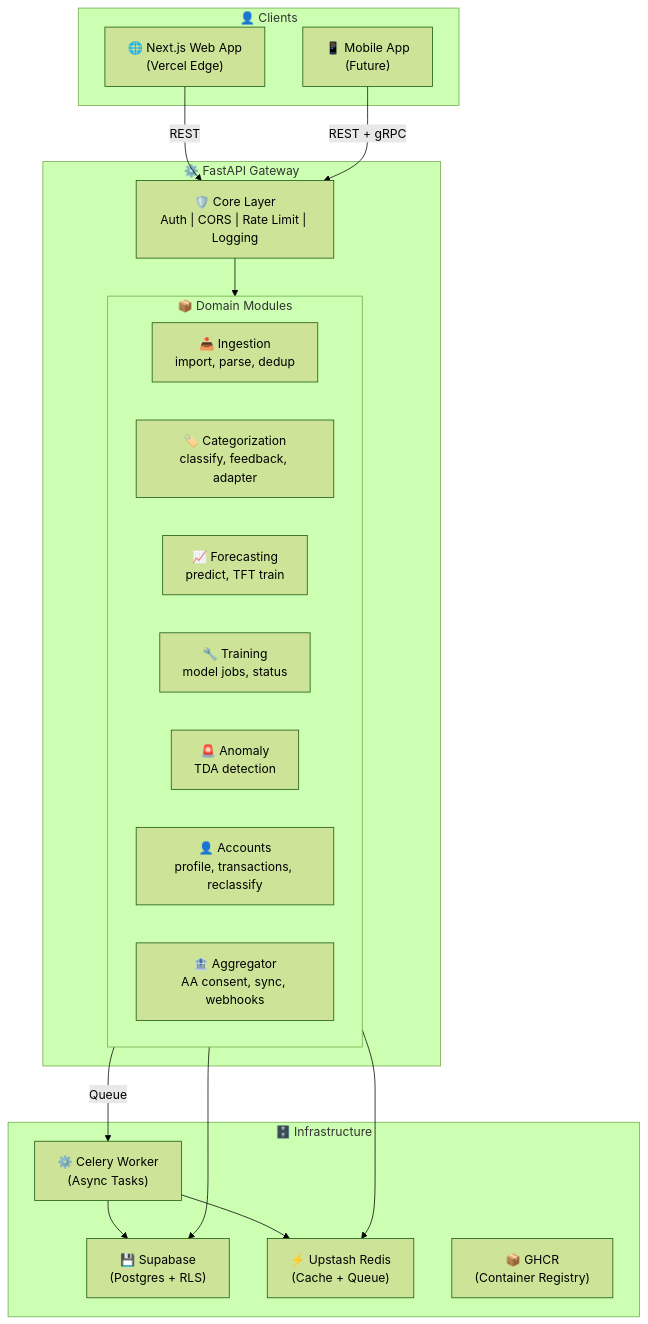
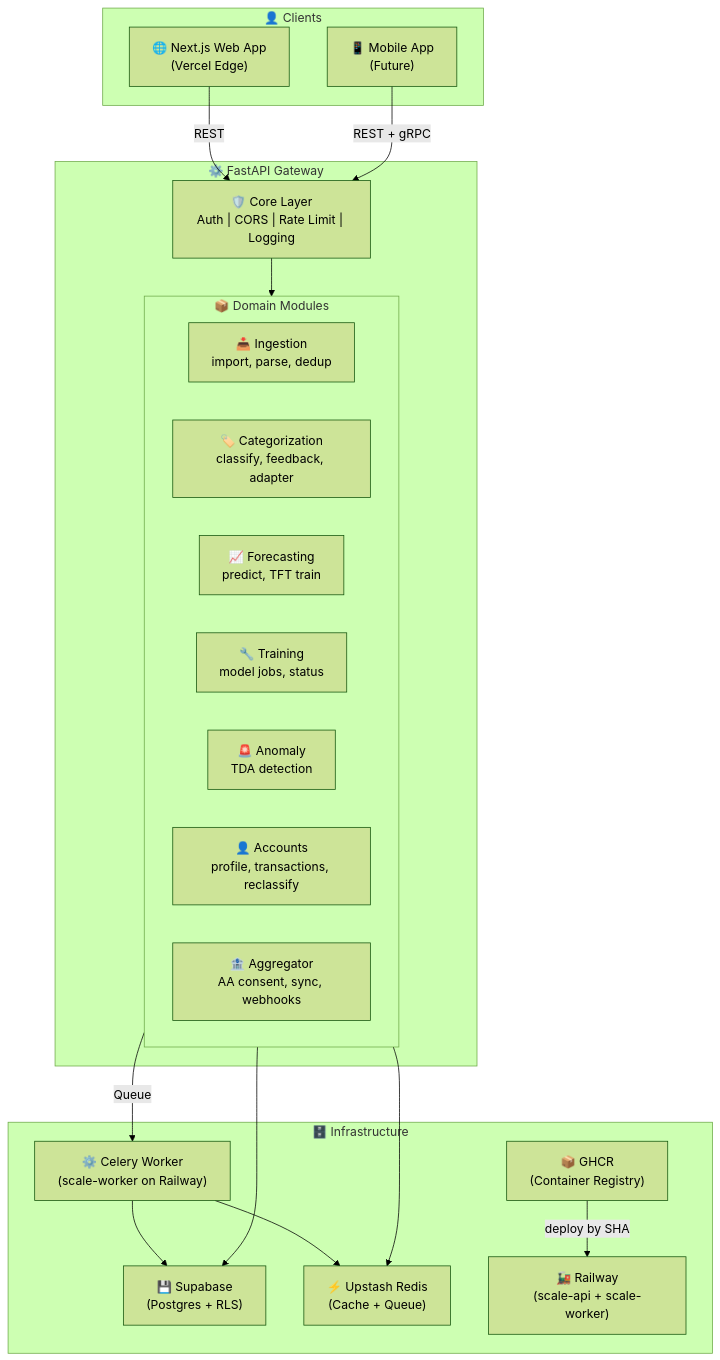
The first of 3 diagrams in docs/design/system-architecture.md (hassang371/spendsmart-dashboard), drawn with Mermaid (forest theme) before and after one commit. The commit also changed other lines of this file and 4 other files, not shown here.

````diff
--- a/docs/design/system-architecture.md
+++ b/docs/design/system-architecture.md
@@ -15,37 +15,39 @@
 ```mermaid
 graph TB
     subgraph Clients["👤 Clients"]
         Web["🌐 Next.js Web App<br/>(Vercel Edge)"]
         Mobile["📱 Mobile App<br/>(Future)"]
     end
 
     subgraph Gateway["⚙️ FastAPI Gateway"]
         Core["🛡️ Core Layer<br/>Auth | CORS | Rate Limit | Logging"]
 
         subgraph Domains["📦 Domain Modules"]
             Ing["📥 Ingestion<br/>import, parse, dedup"]
             Cat["🏷️ Categorization<br/>classify, feedback, adapter"]
             Fore["📈 Forecasting<br/>predict, TFT train"]
             Train["🔧 Training<br/>model jobs, status"]
             Anom["🚨 Anomaly<br/>TDA detection"]
             Acc["👤 Accounts<br/>profile, transactions, reclassify"]
             Agg["🏦 Aggregator<br/>AA consent, sync, webhooks"]
         end
     end
 
     subgraph Infra["🗄️ Infrastructure"]
         DB["💾 Supabase<br/>(Postgres + RLS)"]
         Redis["⚡ Upstash Redis<br/>(Cache + Queue)"]
-        Worker["⚙️ Celery Worker<br/>(Async Tasks)"]
+        Worker["⚙️ Celery Worker<br/>(scale-worker on Railway)"]
         GHCR["📦 GHCR<br/>(Container Registry)"]
+        Railway["🚂 Railway<br/>(scale-api + scale-worker)"]
     end
 
     Web -->|REST| Core
     Mobile -->|REST + gRPC| Core
     Core --> Domains
     Domains --> DB
     Domains --> Redis
     Domains -->|Queue| Worker
     Worker --> DB
     Worker --> Redis
+    GHCR -->|deploy by SHA| Railway
 ```
````
